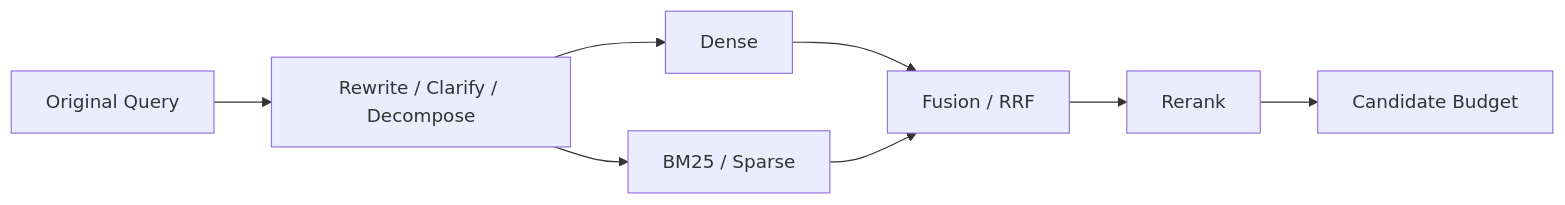
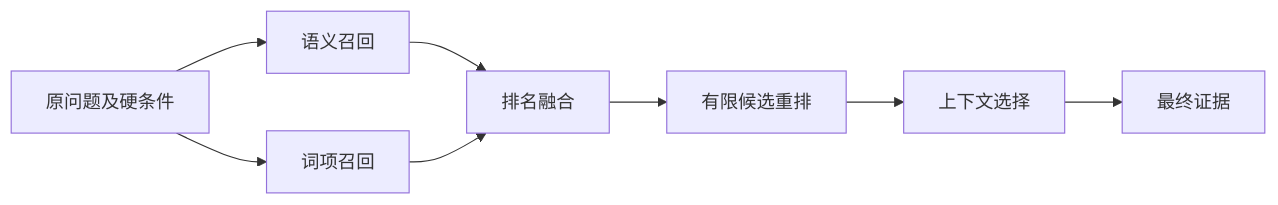
The third of 6 diagrams in curriculum/08-rag/review/README.md (studyzhige-ui/ai-application-interview-handbook), drawn with Mermaid before and after one commit. The commit also changed other lines of this file and 25 other files, not shown here.

````diff
--- a/curriculum/08-rag/review/README.md
+++ b/curriculum/08-rag/review/README.md
@@ -55,10 +60,10 @@
 ```mermaid
 flowchart LR
-    Q["Original Query"] --> P["Rewrite / Clarify / Decompose"]
-    P --> D["Dense"]
-    P --> S["BM25 / Sparse"]
-    D --> F["Fusion / RRF"]
+    Q[原问题及硬条件] --> D[语义召回]
+    Q --> S[词项召回]
+    D --> F[排名融合]
     S --> F
-    F --> R["Rerank"]
-    R --> C["Candidate Budget"]
+    F --> R[有限候选重排]
+    R --> C[上下文选择]
+    C --> E[最终证据]
 ```
````
